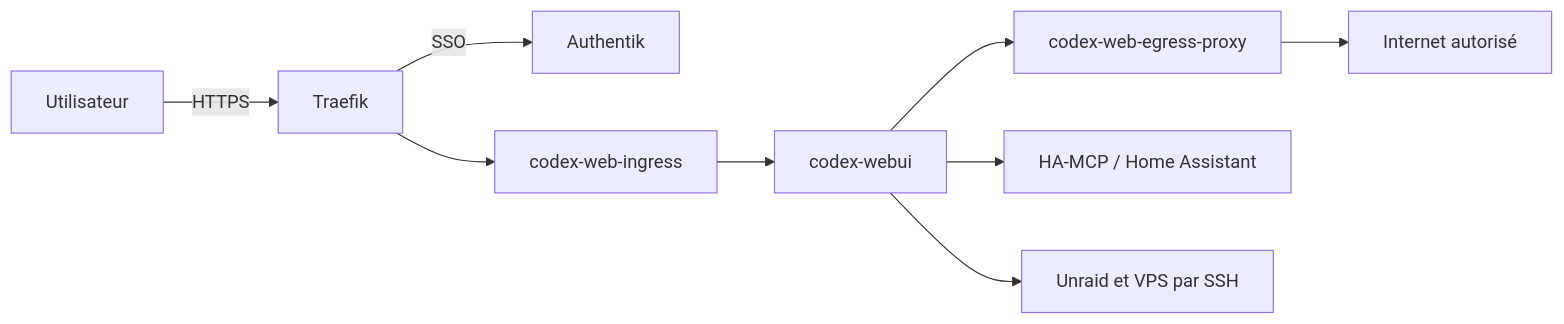
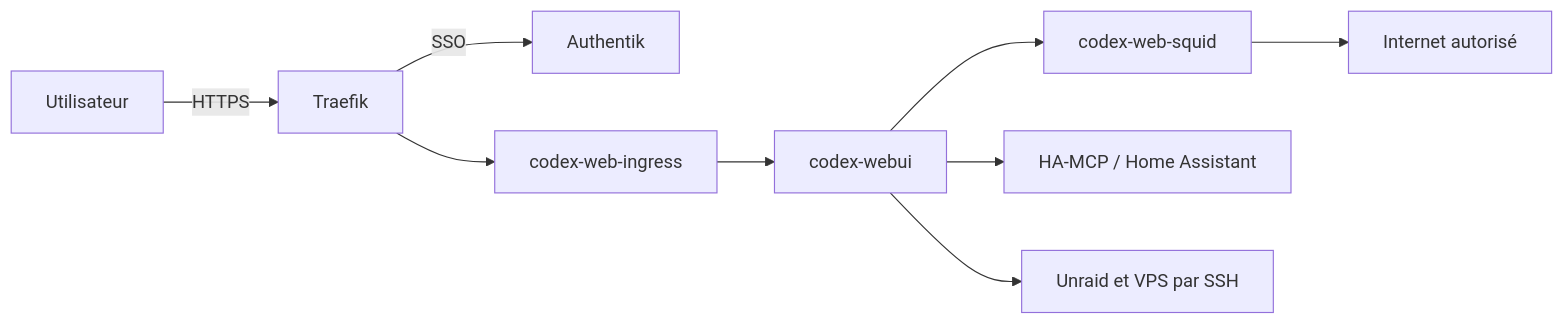
The diagram in README.md (maxhugit/codex-webui-unraid), drawn with Mermaid before and after one commit. The commit also changed other lines of this file and 7 other files, not shown here.

Commit message:
refactor(unraid): rename egress proxy to codex-web-squid

````diff
--- a/README.md
+++ b/README.md
@@ -29,11 +29,11 @@
 ```mermaid
 flowchart LR
     U[Utilisateur] -->|HTTPS| T[Traefik]
     T -->|SSO| A[Authentik]
     T --> N[codex-web-ingress]
     N --> C[codex-webui]
-    C --> S[codex-web-egress-proxy]
+    C --> S[codex-web-squid]
     S --> I[Internet autorisé]
     C --> H[HA-MCP / Home Assistant]
     C --> X[Unraid et VPS par SSH]
 ```
````
